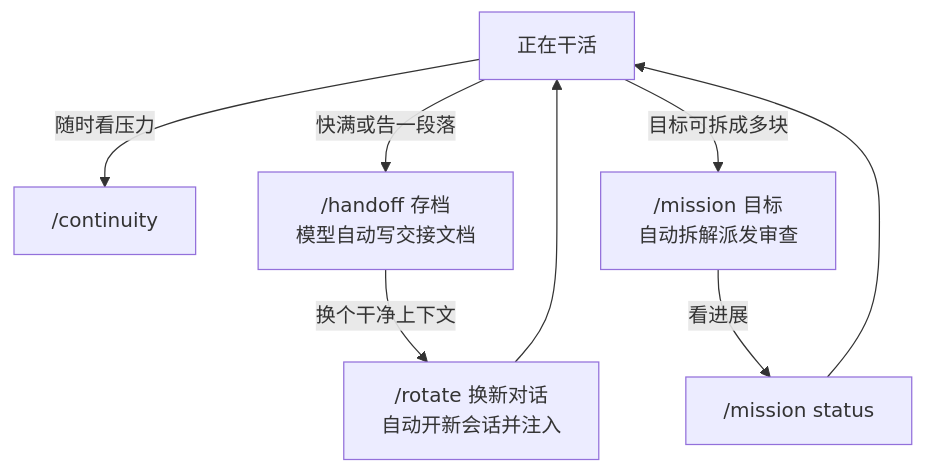
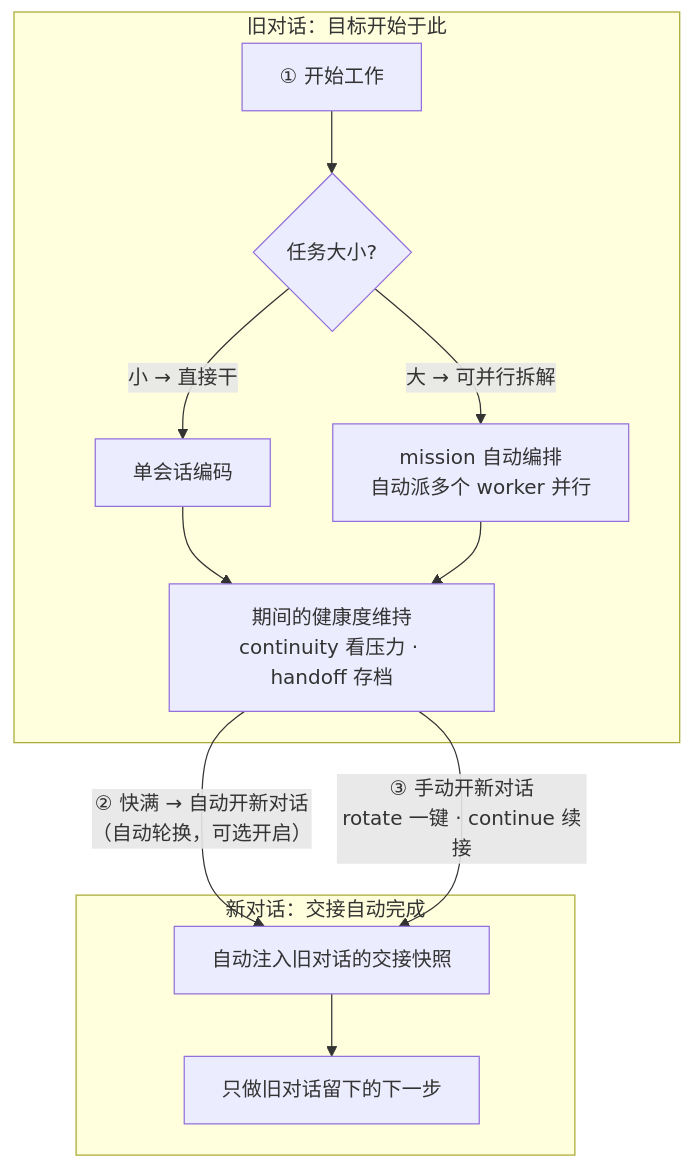
The first of 2 diagrams in README.md (yiqiaowang-arch/orchestra), drawn with Mermaid before and after one commit. The commit also changed other lines of this file, not shown here.

Commit message:
docs: rework workflow diagram — start from '开始工作', three modes (direct/mission, auto-rollover, manual-rollover) across old/new conversation boxes

````diff
--- a/README.md
+++ b/README.md
@@ -28,10 +28,16 @@
 ```mermaid
 flowchart TD
-    A["正在干活"] -->|随时看压力| B["/continuity"]
-    A -->|快满或告一段落| C["/handoff 存档<br/>模型自动写交接文档"]
-    C -->|换个干净上下文| D["/rotate 换新对话<br/>自动开新会话并注入"]
-    D --> A
-    A -->|目标可拆成多块| E["/mission 目标<br/>自动拆解派发审查"]
-    E -->|看进展| F["/mission status"]
-    F --> A
+    subgraph OLD["旧对话：目标开始于此"]
+        A["① 开始工作"] --> B{"任务大小?"}
+        B -->|"小 → 直接干"| C["单会话编码"]
+        B -->|"大 → 可并行拆解"| D["mission 自动编排<br/>自动派多个 worker 并行"]
+        C --> E["期间的健康度维持<br/>continuity 看压力 · handoff 存档"]
+        D --> E
+    end
+    E -->|"② 快满 → 自动开新对话<br/>（自动轮换，可选开启）"| F
+    E -->|"③ 手动开新对话<br/>rotate 一键 · continue 续接"| F
+    subgraph NEW["新对话：交接自动完成"]
+        F["自动注入旧对话的交接快照"]
+        F --> G["只做旧对话留下的下一步"]
+    end
 ```
````
